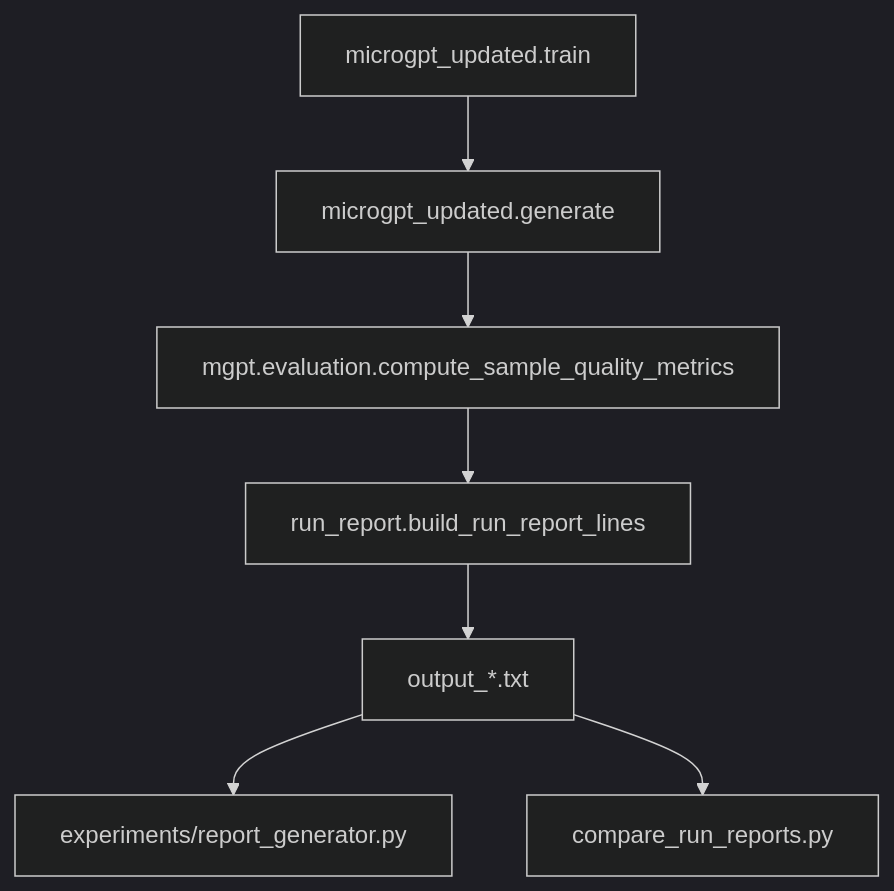
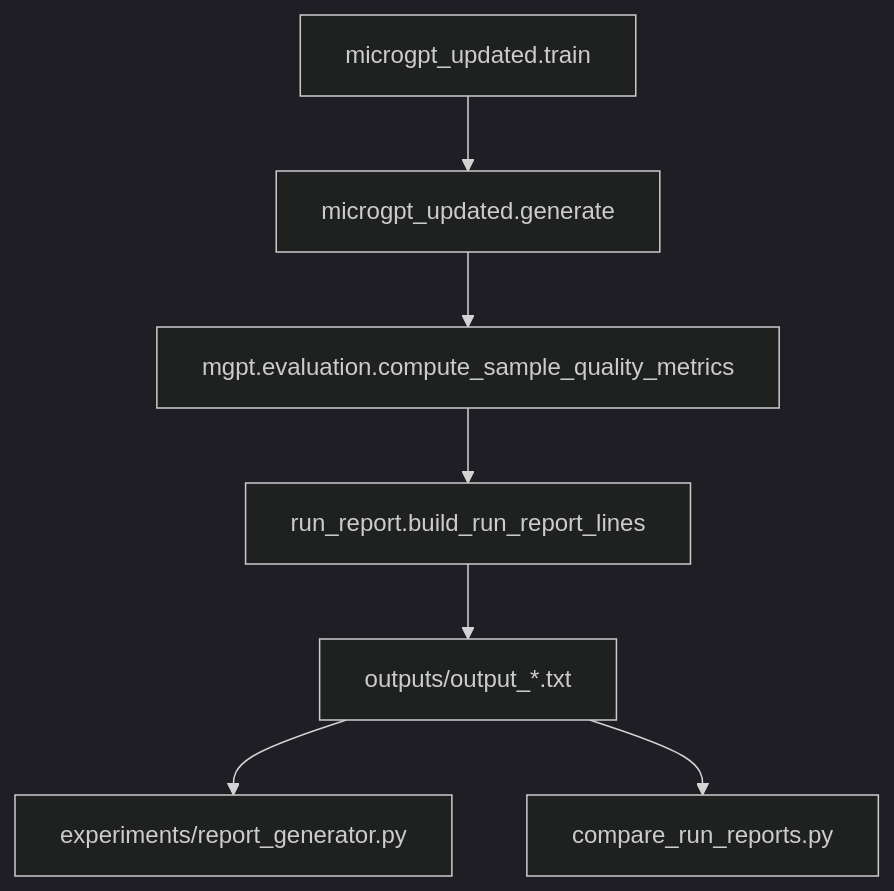
Before and after one commit to neomatrix369/microgpt-experiments: the diagram in docs/M2-semantic-quality.md, drawn with Mermaid (dark theme). The commit also changed other lines of this file and 15 other files, not shown here.

````diff
--- a/docs/M2-semantic-quality.md
+++ b/docs/M2-semantic-quality.md
@@ -7,16 +7,16 @@
 ```mermaid
 flowchart TB
   Train[microgpt_updated.train]
   Gen[microgpt_updated.generate]
   Eval[mgpt.evaluation.compute_sample_quality_metrics]
   Report[run_report.build_run_report_lines]
-  Disk[output_*.txt]
+  Disk[outputs/output_*.txt]
   HTML[experiments/report_generator.py]
   Cmp[compare_run_reports.py]
   Train --> Gen
   Gen --> Eval
   Eval --> Report
   Report --> Disk
   Disk --> HTML
   Disk --> Cmp
 ```
````
